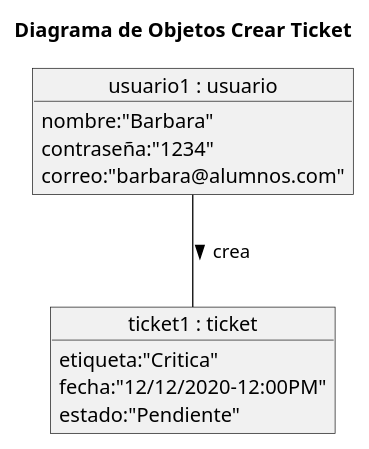
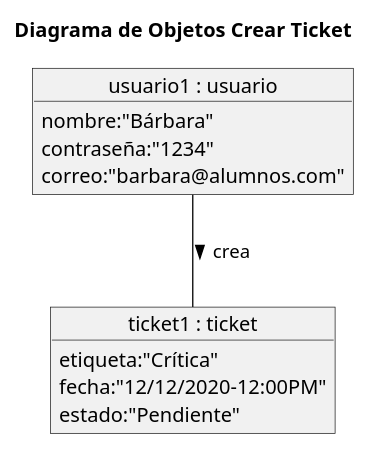
One commit to mmasias/23-24-IdSw1-SDR changed the diagram in modelosUML/DiagramasModeloDominio/DiagramaDeObjetosCrearTicket.puml. Above: the diagram before and after it, drawn with PlantUML. The commit also changed 2 other files, not shown here.

Commit message:
fix: Correccion de diagramas e imagenes

```diff
--- a/modelosUML/DiagramasModeloDominio/DiagramaDeObjetosCrearTicket.puml
+++ b/modelosUML/DiagramasModeloDominio/DiagramaDeObjetosCrearTicket.puml
@@ -1,18 +1,18 @@
 @startuml
 
 title Diagrama de Objetos Crear Ticket
 
 object "usuario1 : usuario" as usuario{
-    nombre:"Barbara"
+    nombre:"Bárbara"
     contraseña:"1234"
     correo:"barbara@alumnos.com"
 
 }
 object "ticket1 : ticket" as ticket{
-    etiqueta:"Critica"
+    etiqueta:"Crítica"
     fecha:"12/12/2020-12:00PM"
     estado:"Pendiente"
 }
 usuario-- ticket: > crea
 
 @enduml
```
